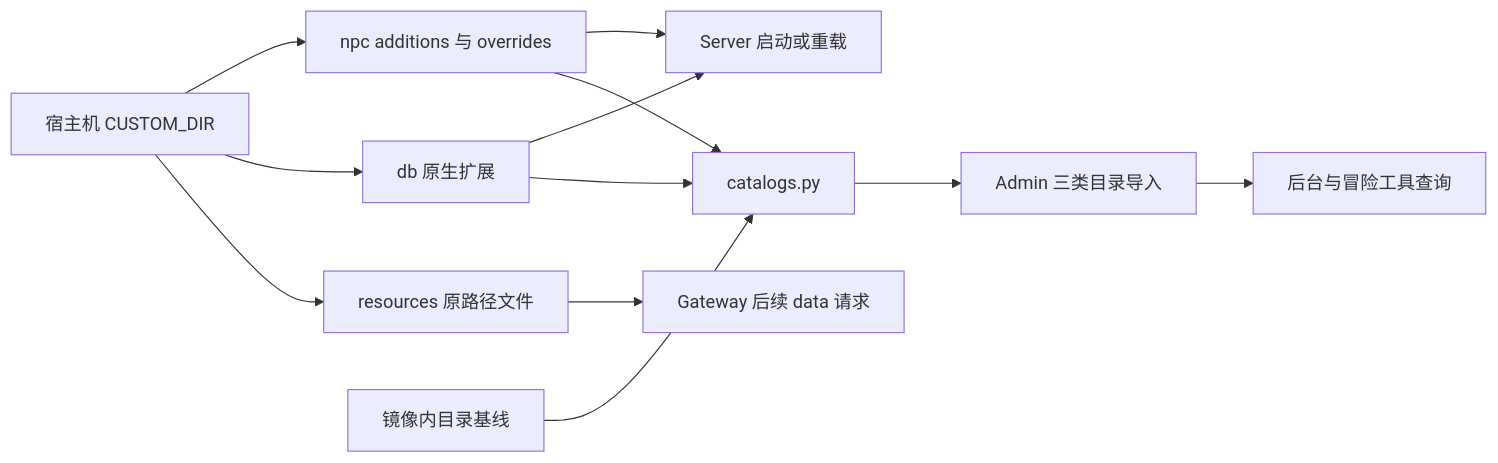
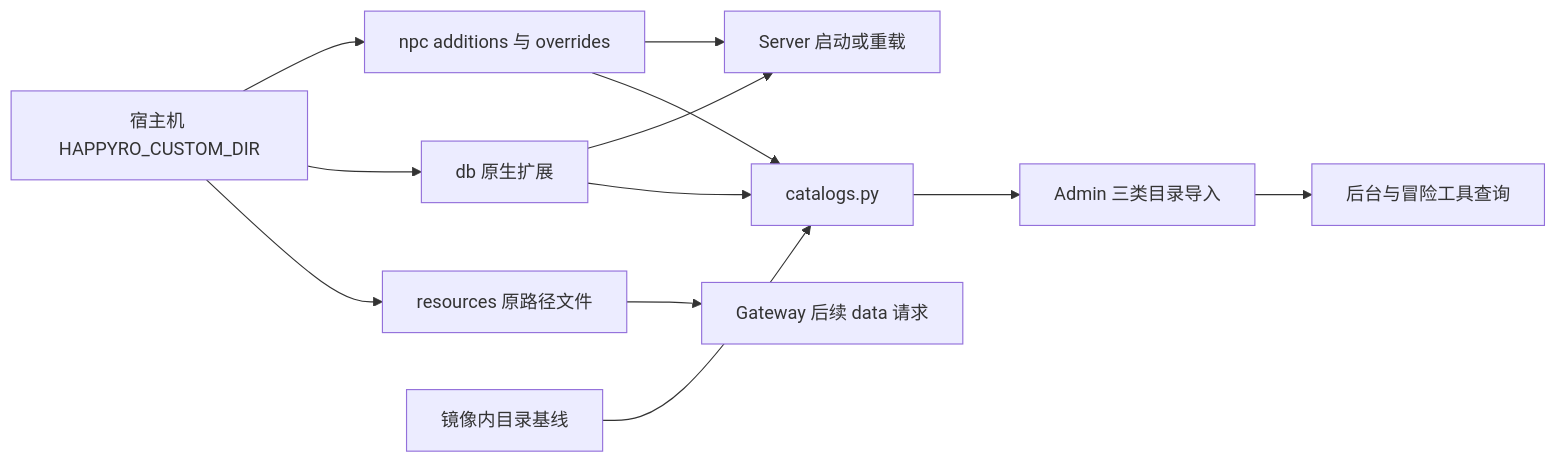
Before and after one commit to happyro/happyro: the diagram in docs/architecture/customization.md, drawn with Mermaid. The commit also changed other lines of this file and 51 other files, not shown here.

````diff
--- a/docs/architecture/customization.md
+++ b/docs/architecture/customization.md
@@ -21,14 +21,14 @@
 ```mermaid
 flowchart LR
-  U[宿主机 CUSTOM_DIR] --> N[npc additions 与 overrides]
+  U[宿主机 HAPPYRO_CUSTOM_DIR] --> N[npc additions 与 overrides]
   U --> D[db 原生扩展]
   U --> R[resources 原路径文件]
   N --> S[Server 启动或重载]
   D --> S
   R --> G[Gateway 后续 data 请求]
   B[镜像内目录基线] --> C[catalogs.py]
   N --> C
   D --> C
   C --> A[Admin 三类目录导入]
   A --> Q[后台与冒险工具查询]
 ```
````
